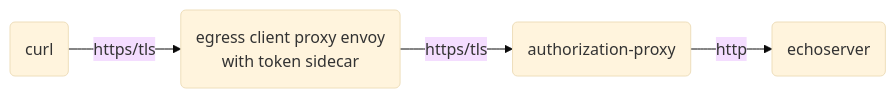
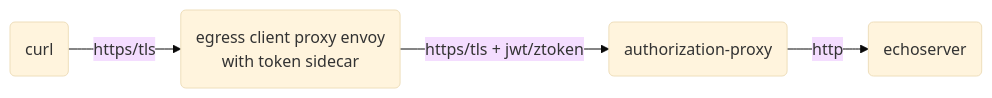
Before and after one commit to ctyano/athenz-distribution: the sixth of 15 diagrams in docs/ENVOY.md, drawn with Mermaid (base theme). The commit also changed other lines of this file, not shown here.

````diff
--- a/docs/ENVOY.md
+++ b/docs/ENVOY.md
@@ -88,4 +88,4 @@
 ```mermaid
 flowchart LR
-A(curl) -->|https/tls| B(egress client proxy envoy\nwith token sidecar) -->|https/tls| C(authorization-proxy) -->|http| D(echoserver)
+A(curl) -->|https/tls| B(egress client proxy envoy\nwith token sidecar) -->|https/tls + jwt/ztoken| C(authorization-proxy) -->|http| D(echoserver)
 ```
````
